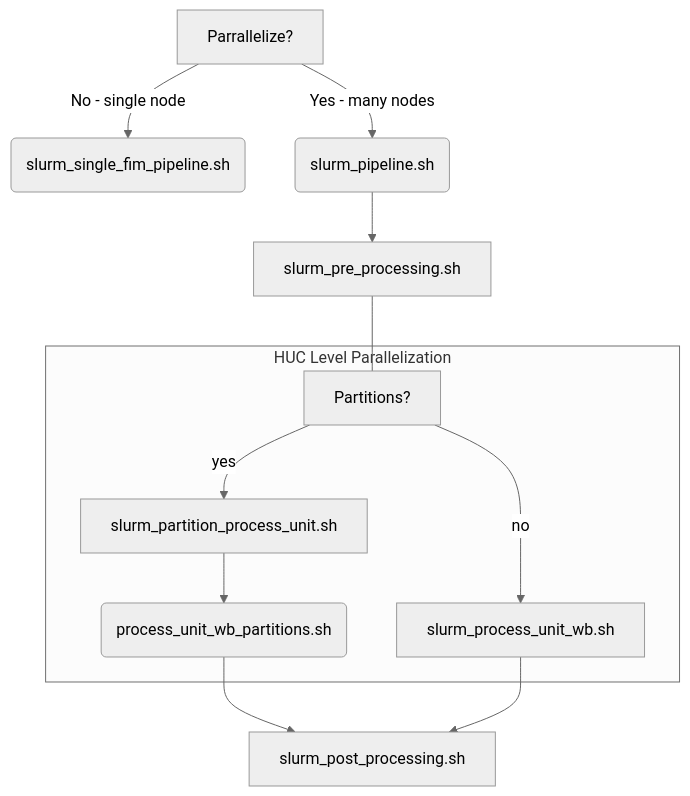
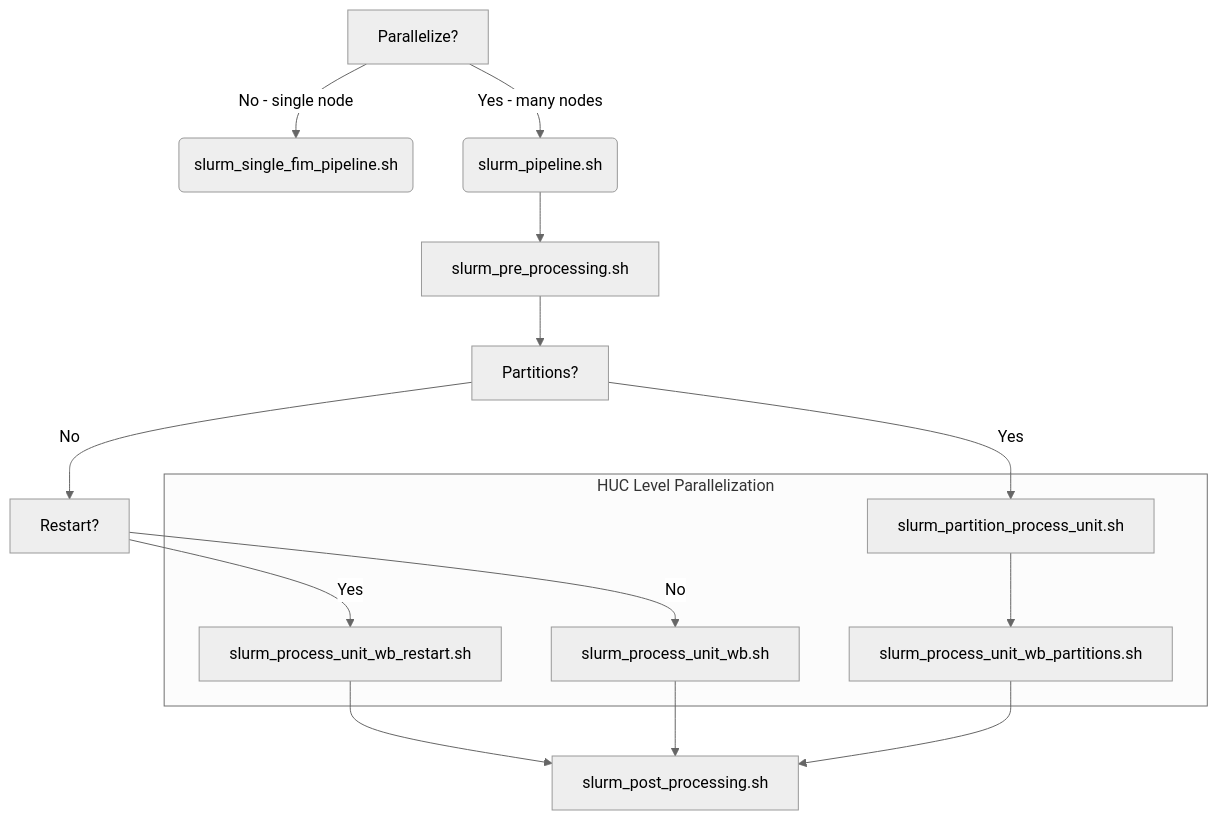
Before and after one commit to NGWPC/inundation-mapping-owp: the diagram in slurm/README.md, drawn with Mermaid (neutral theme). The commit also changed other lines of this file, not shown here.

Commit message:
Update slurm/README.md (#2)

````diff
--- a/slurm/README.md
+++ b/slurm/README.md
@@ -8,14 +8,22 @@
 ```mermaid
 flowchart TD
-    A[Parrallelize?] --> |No - single node| G(slurm_single_fim_pipeline.sh)
+    A[Parallelize?] --> |No - single node| G(slurm_single_fim_pipeline.sh)
     A --> |Yes - many nodes| B(slurm_pipeline.sh)
     B --> C[slurm_pre_processing.sh]
-    C --- X[Partitions?]
-    subgraph HUC Level Parallelization
-        X --> |no| D[slurm_process_unit_wb.sh]
-        X --> | yes | I[slurm_partition_process_unit.sh]
-        I --> J(process_unit_wb_partitions.sh)
+    C --> X[Partitions?]
+    X --> |No| M[Restart?] 
+    X --> |Yes| I[slurm_partition_process_unit.sh]
+    M --> |Yes| F[slurm_process_unit_wb_restart.sh]
+    M --> |No| L[slurm_process_unit_wb.sh]
+    
+    subgraph HUC["HUC Level Parallelization"]
+        I[slurm_partition_process_unit.sh]
+        I --> J[slurm_process_unit_wb_partitions.sh]
+        F[slurm_process_unit_wb_restart.sh]
+        L[slurm_process_unit_wb.sh]
     end
-    J --> E[slurm_post_processing.sh]
-    D --> E[slurm_post_processing.sh]
+    
+    F --> E[slurm_post_processing.sh]
+    L --> E
+    J --> E
 ```
````
